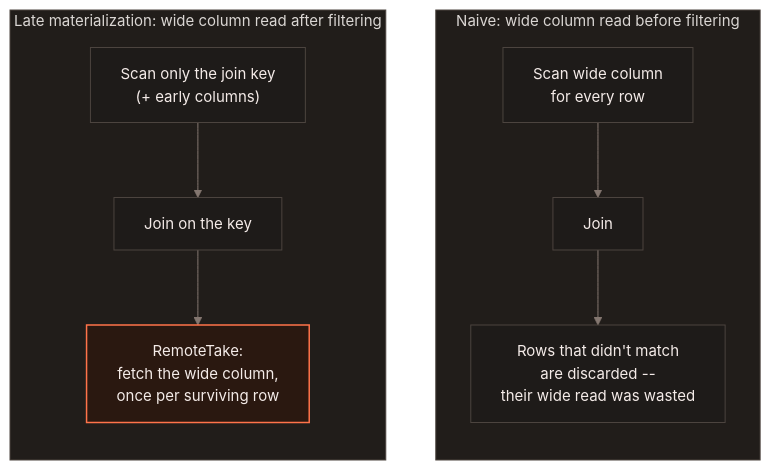
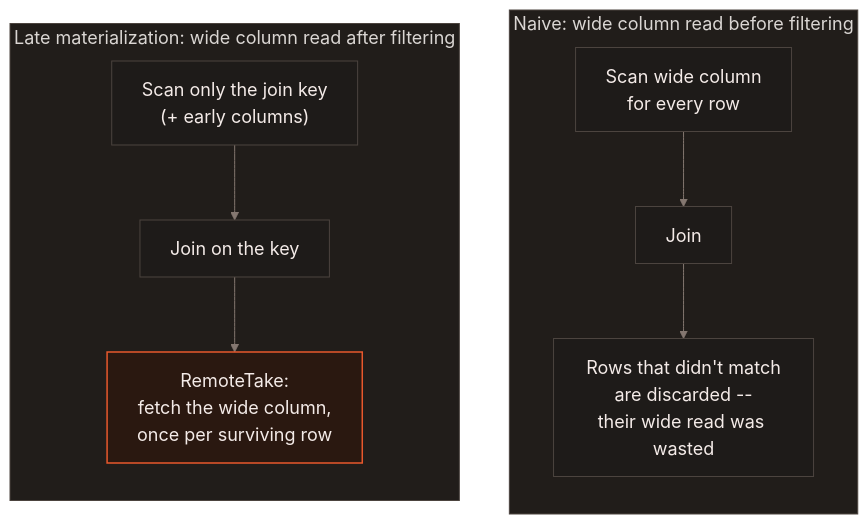
Before and after one commit to lancedb/lancedb: the first of 2 diagrams in docs/web/curation/blob-late-materialization.mdx, drawn with Mermaid. The commit also changed other lines of this file and 18 other files, not shown here.

First line of the commit message:
style: increase Mermaid diagram font size and tone down dark-mode accent borders

````diff
--- a/docs/web/curation/blob-late-materialization.mdx
+++ b/docs/web/curation/blob-late-materialization.mdx
@@ -24,23 +24,23 @@
 ```mermaid
 %%{init: {"theme": "base", "themeVariables": {
   "background": "#171513", "primaryColor": "#1e1b19", "primaryTextColor": "#f4ebe8",
   "primaryBorderColor": "#4c443f", "lineColor": "#847770", "textColor": "#f4ebe8",
   "clusterBkg": "#211d1a", "clusterBorder": "#4c443f", "edgeLabelBackground": "#171513",
-  "fontFamily": "Inter, sans-serif", "fontSize": "15px"
+  "fontFamily": "Inter, sans-serif", "fontSize": "18px"
 }}}%%
 flowchart TB
     subgraph Naive["Naive: wide column read before filtering"]
     direction TB
     N1["Scan wide column<br/>for every row"] --> N2["Join"]
     N2 --> N3["Rows that didn't match<br/>are discarded --<br/>their wide read was wasted"]
     end
 
     subgraph Deferred["Late materialization: wide column read after filtering"]
     direction TB
     D1["Scan only the join key<br/>(+ early columns)"] --> D2["Join on the key"]
     D2 --> D3["RemoteTake:<br/>fetch the wide column,<br/>once per surviving row"]
     end
     classDef default fill:#1e1b19,stroke:#4c443f,stroke-width:1px,color:#f4ebe8
-    classDef accent fill:#2a1810,stroke:#ff734a,stroke-width:1.5px,color:#f4ebe8
+    classDef accent fill:#2a1810,stroke:#e8582d,stroke-width:1.5px,color:#f4ebe8
     class D3 accent
 ```
````
